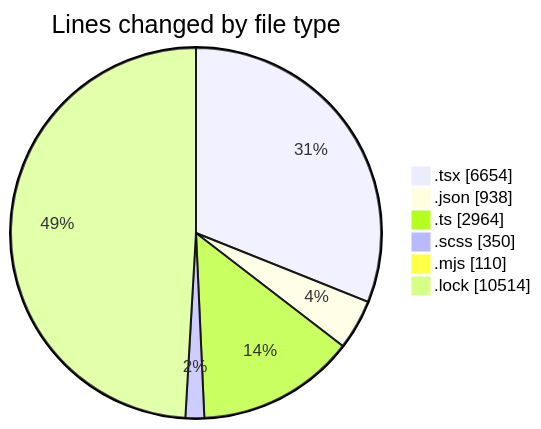
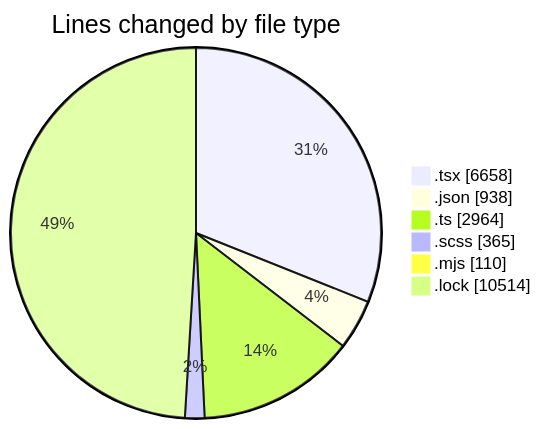
One commit to momahboobian/code-tracking changed the first of 2 diagrams in 2026-05-12/cda/README.md. Above: the diagram before and after it, drawn with Mermaid. The commit also changed other lines of this file and 1 other file, not shown here.

````diff
--- a/2026-05-12/cda/README.md
+++ b/2026-05-12/cda/README.md
@@ -52,10 +52,10 @@
 ```mermaid
 pie showData
 title Lines changed by file type
-".tsx" : 6654
+".tsx" : 6658
 ".json" : 938
 ".ts" : 2964
-".scss" : 350
+".scss" : 365
 ".mjs" : 110
 ".lock" : 10514
 ```
````
